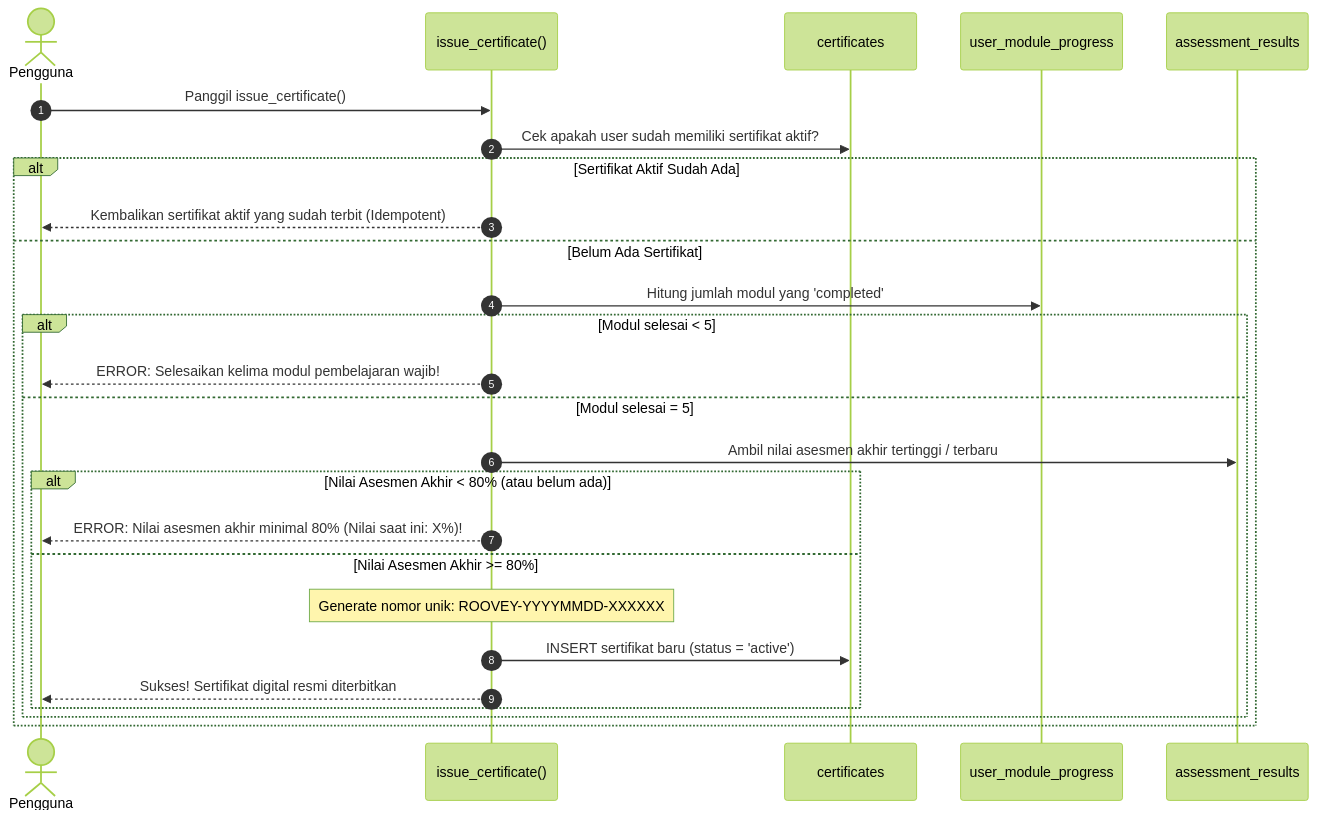
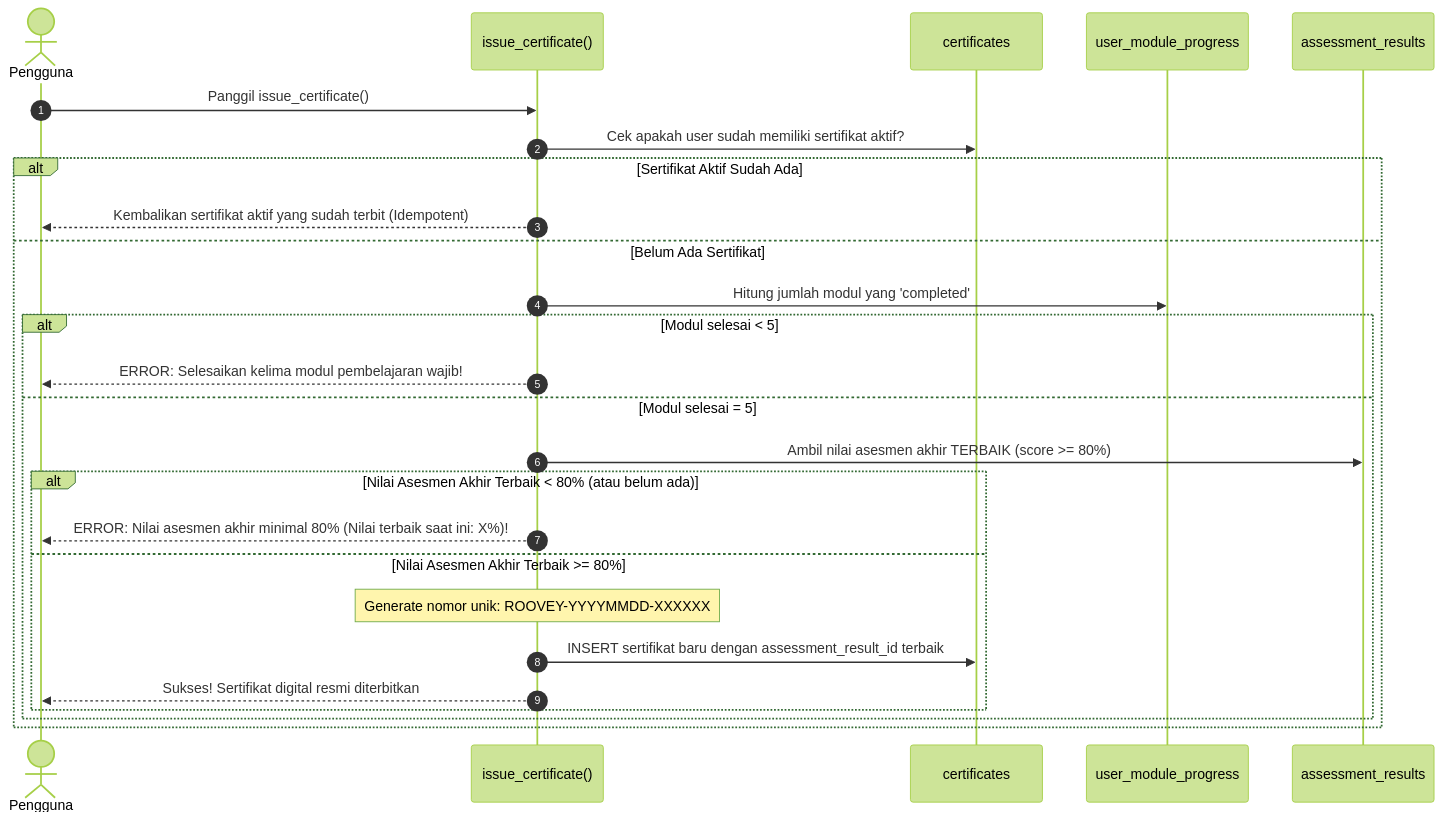
Before and after one commit to aladlhuu-hdp/Roveey-Learn: the fourth of 4 diagrams in docs/BACKEND_DESIGN.md, drawn with Mermaid (forest theme). The commit also changed other lines of this file and 5 other files, not shown here.

````diff
--- a/docs/BACKEND_DESIGN.md
+++ b/docs/BACKEND_DESIGN.md
@@ -327,29 +357,29 @@
 ```mermaid
 sequenceDiagram
     autonumber
     actor User as Pengguna
     participant RPC as issue_certificate()
     participant Certs as certificates
     participant Progress as user_module_progress
     participant Assessment as assessment_results
 
     User->>RPC: Panggil issue_certificate()
     RPC->>Certs: Cek apakah user sudah memiliki sertifikat aktif?
     alt Sertifikat Aktif Sudah Ada
         RPC-->>User: Kembalikan sertifikat aktif yang sudah terbit (Idempotent)
     else Belum Ada Sertifikat
         RPC->>Progress: Hitung jumlah modul yang 'completed'
         alt Modul selesai < 5
             RPC-->>User: ERROR: Selesaikan kelima modul pembelajaran wajib!
         else Modul selesai = 5
-            RPC->>Assessment: Ambil nilai asesmen akhir tertinggi / terbaru
-            alt Nilai Asesmen Akhir < 80% (atau belum ada)
-                RPC-->>User: ERROR: Nilai asesmen akhir minimal 80% (Nilai saat ini: X%)!
-            else Nilai Asesmen Akhir >= 80%
+            RPC->>Assessment: Ambil nilai asesmen akhir TERBAIK (score >= 80%)
+            alt Nilai Asesmen Akhir Terbaik < 80% (atau belum ada)
+                RPC-->>User: ERROR: Nilai asesmen akhir minimal 80% (Nilai terbaik saat ini: X%)!
+            else Nilai Asesmen Akhir Terbaik >= 80%
                 Note over RPC: Generate nomor unik: ROOVEY-YYYYMMDD-XXXXXX
-                RPC->>Certs: INSERT sertifikat baru (status = 'active')
+                RPC->>Certs: INSERT sertifikat baru dengan assessment_result_id terbaik
                 RPC-->>User: Sukses! Sertifikat digital resmi diterbitkan
             end
         end
     end
 ```
````
